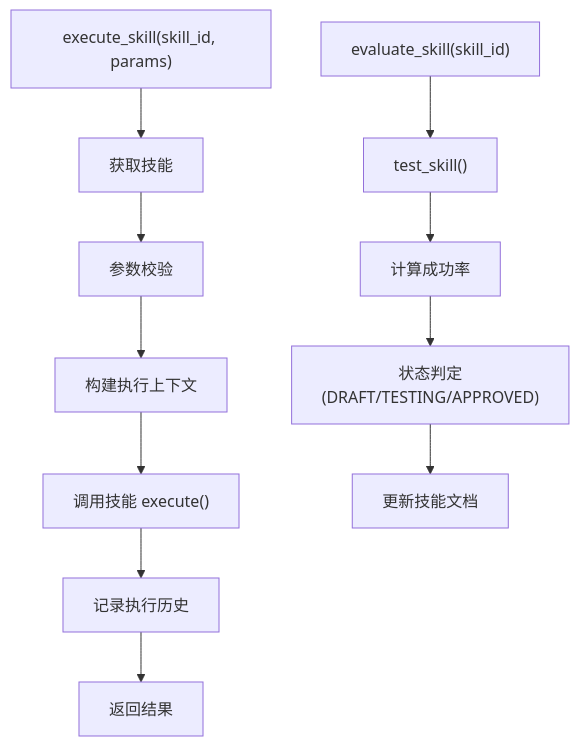
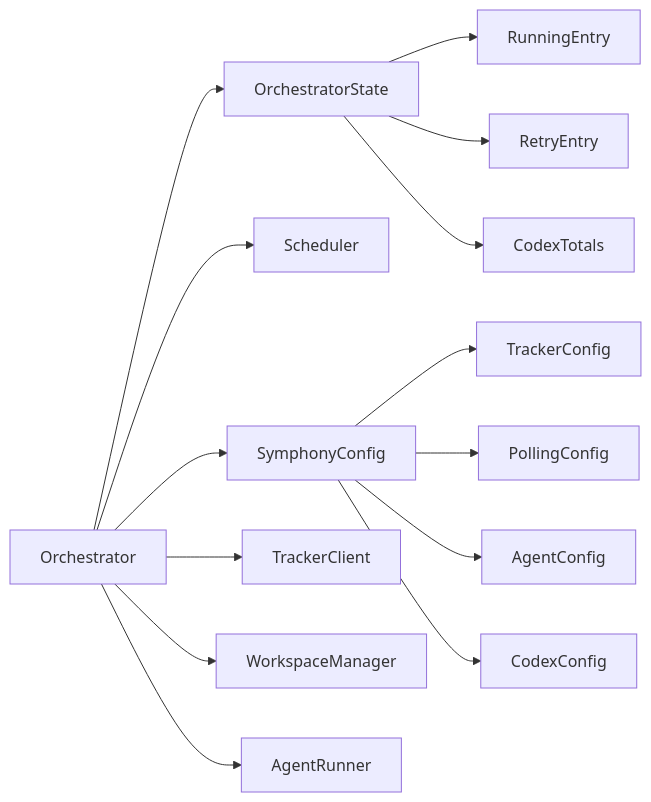
One commit to xinetzone/tao changed the sixth of 6 diagrams in .qoder/repowiki/zh/content/多智能体系统/多智能体系统.md. Above: the diagram before and after it, drawn with Mermaid. The commit also changed other lines of this file and 5 other files, not shown here.

````diff
--- a/.qoder/repowiki/zh/content/多智能体系统/多智能体系统.md
+++ b/.qoder/repowiki/zh/content/多智能体系统/多智能体系统.md
@@ -264,13 +286,16 @@
 ```mermaid
-flowchart TD
-ExecStart["execute_skill(skill_id, params)"] --> GetSkill["获取技能"]
-GetSkill --> Validate["参数校验"]
-Validate --> BuildCtx["构建执行上下文"]
-BuildCtx --> Run["调用技能 execute()"]
-Run --> Record["记录执行历史"]
-Record --> Result["返回结果"]
-EvalStart["evaluate_skill(skill_id)"] --> Test["test_skill()"]
-Test --> Score["计算成功率"]
-Score --> Status["状态判定(DRAFT/TESTING/APPROVED)"]
-Status --> UpdateDoc["更新技能文档"]
+graph LR
+Engine["Orchestrator"] --> State["OrchestratorState"]
+Engine --> Scheduler["Scheduler"]
+Engine --> Config["SymphonyConfig"]
+Engine --> Tracker["TrackerClient"]
+Engine --> Workspace["WorkspaceManager"]
+Engine --> AgentRunner["AgentRunner"]
+State --> RunningEntry["RunningEntry"]
+State --> RetryEntry["RetryEntry"]
+State --> CodexTotals["CodexTotals"]
+Config --> TrackerConfig["TrackerConfig"]
+Config --> PollingConfig["PollingConfig"]
+Config --> AgentConfig["AgentConfig"]
+Config --> CodexConfig["CodexConfig"]
 ```
````
